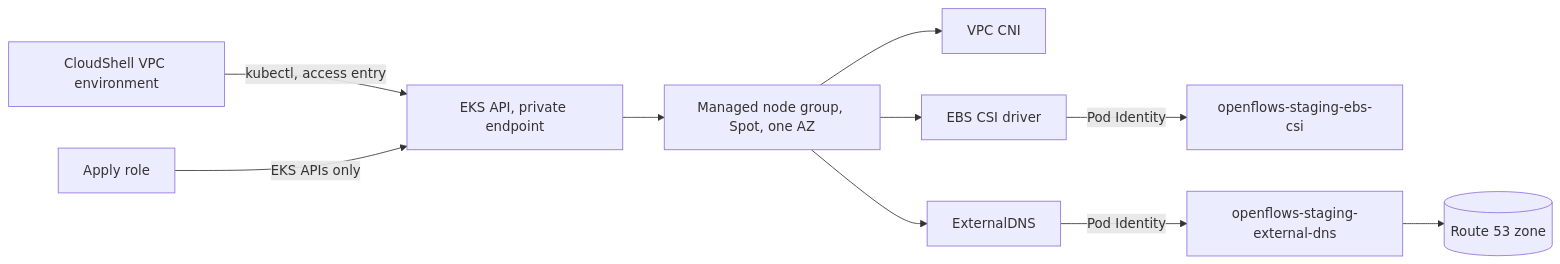
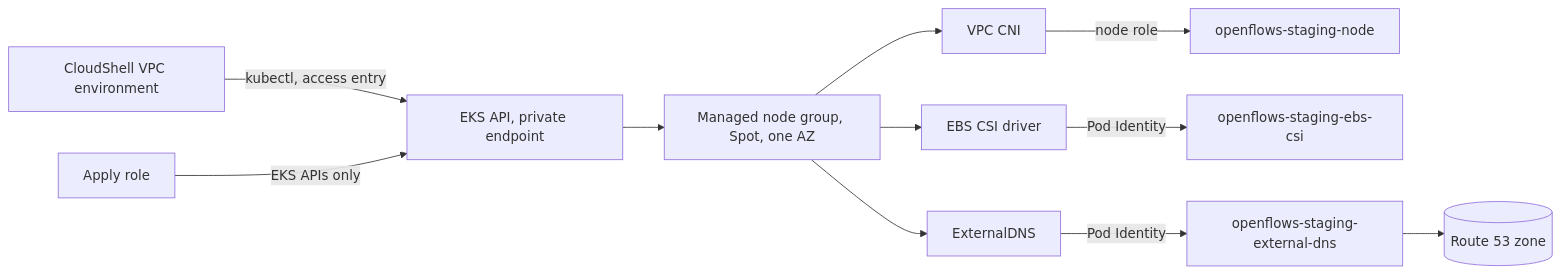
One commit to The-AgenticFlow/Openflows-Infra changed the third of 7 diagrams in docs/ARCHITECTURE-aws.md. Above: the diagram before and after it, drawn with Mermaid. The commit also changed other lines of this file and 7 other files, not shown here.

````diff
--- a/docs/ARCHITECTURE-aws.md
+++ b/docs/ARCHITECTURE-aws.md
@@ -74,12 +75,13 @@
 ```mermaid
 flowchart LR
     CS["CloudShell VPC environment"] -->|"kubectl, access entry"| API["EKS API, private endpoint"]
     TF["Apply role"] -->|"EKS APIs only"| API
     API --> NG["Managed node group, Spot, one AZ"]
     NG --> CNI["VPC CNI"]
+    CNI -->|node role| NR["openflows-staging-node"]
     NG --> EBS["EBS CSI driver"]
     NG --> DNS["ExternalDNS"]
     EBS -->|Pod Identity| EBSR["openflows-staging-ebs-csi"]
     DNS -->|Pod Identity| DNSR["openflows-staging-external-dns"]
     DNSR --> ZONE[("Route 53 zone")]
 ```
````
